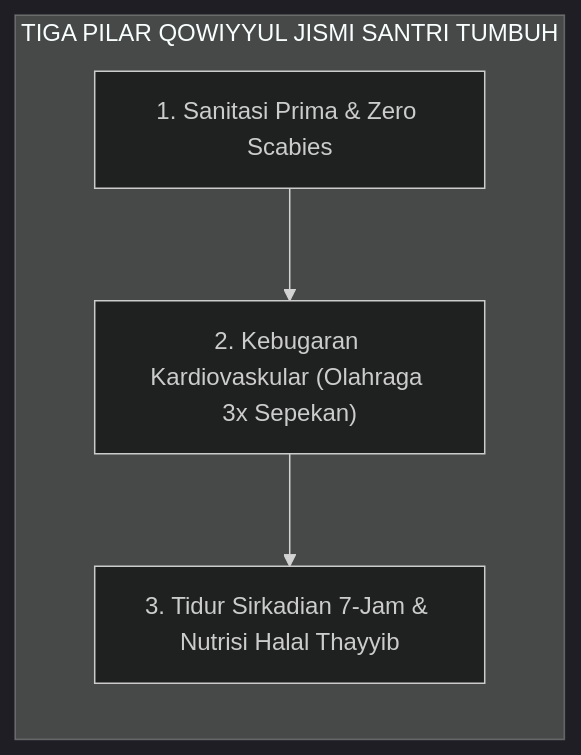
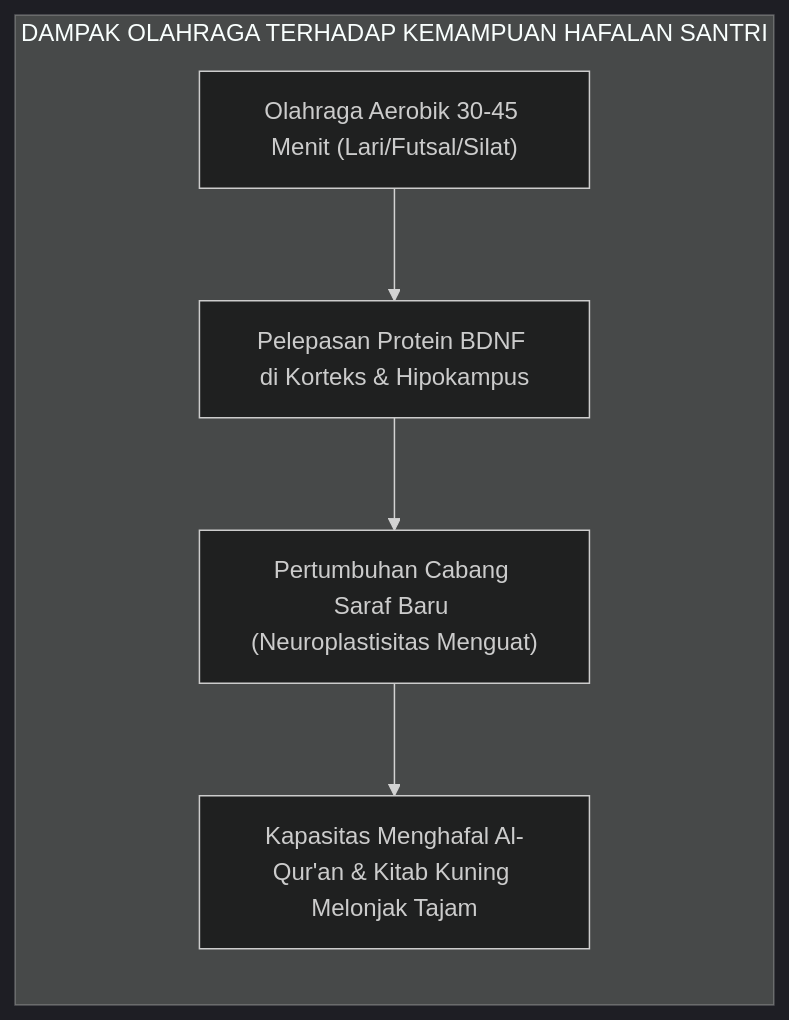
Before and after one commit to wandiapriliyandi/tumbuh: the second of 2 diagrams in BOOK-SERIES/Volume-02/Bab-02-Profil-10-Muwashafat-Karakter-Santri/06-Qowiyyul-Jismi.md, drawn with Mermaid (dark theme). The commit also changed other lines of this file and 18 other files, not shown here.

````diff
--- a/BOOK-SERIES/Volume-02/Bab-02-Profil-10-Muwashafat-Karakter-Santri/06-Qowiyyul-Jismi.md
+++ b/BOOK-SERIES/Volume-02/Bab-02-Profil-10-Muwashafat-Karakter-Santri/06-Qowiyyul-Jismi.md
@@ -21,7 +74,8 @@
 ```mermaid
 graph LR
-    subgraph PilarFisik["TIGA PILAR QOWIYYUL JISMI SANTRI TUMBUH"]
-        Sanitasi["1. Sanitasi Prima & Zero Scabies"] --> Bugar["2. Kebugaran Kardiovaskular (Olahraga 3x Sepekan)"]
-        Bugar --> Sirkadian["3. Tidur Sirkadian 7-Jam & Nutrisi Halal Thayyib"]
+    subgraph MekanismeBDNF["DAMPAK OLAHRAGA TERHADAP KEMAMPUAN HAFALAN SANTRI"]
+        OlahragaAerobik["Olahraga Aerobik 30-45 Menit (Lari/Futsal/Silat)"] --> PelepasanBDNF["Pelepasan Protein BDNF di Korteks & Hipokampus"]
+        PelepasanBDNF --> Sinaptogenesis["Pertumbuhan Cabang Saraf Baru (Neuroplastisitas Menguat)"]
+        Sinaptogenesis --> AkselerasiHafal["Kapasitas Menghafal Al-Qur'an & Kitab Kuning Melonjak Tajam"]
     end
 ```
````
